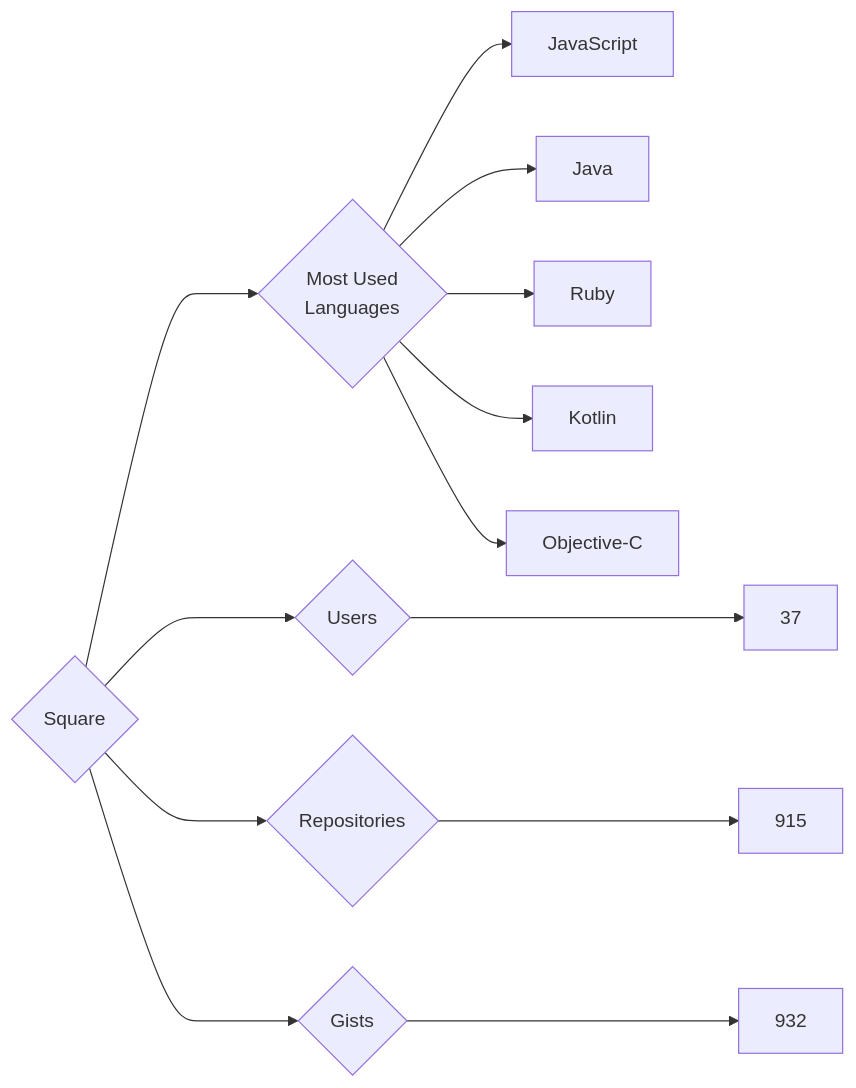
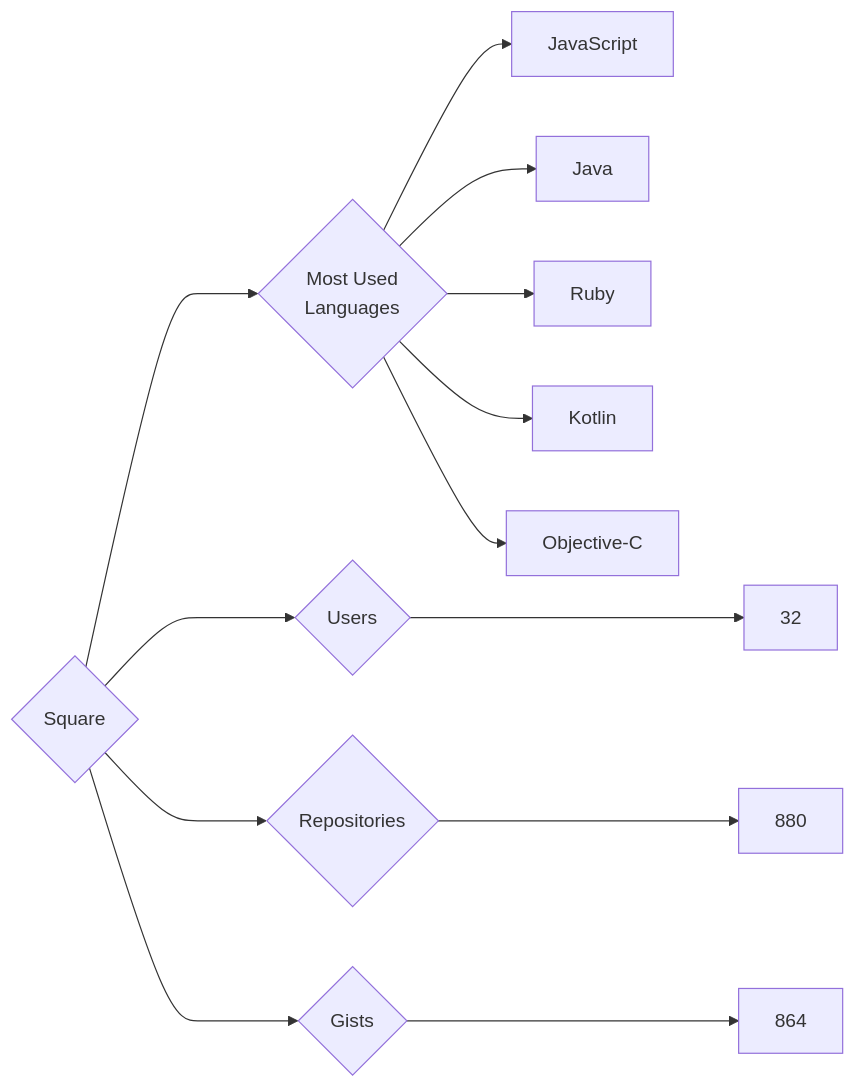
The diagram in targets/Square/README.md (trickest/insiders), drawn with Mermaid before and after one commit. The commit also changed 806 other files, not shown here.

````diff
--- a/targets/Square/README.md
+++ b/targets/Square/README.md
@@ -3,13 +3,13 @@
 ```mermaid
 graph LR
 COMPANY_NAME{Square}
-COMPANY_NAME ---> U{Users} ---> UN[37]
-COMPANY_NAME ---> R{Repositories} ---> RN[915]
-COMPANY_NAME ---> G{Gists} ---> GN[932]
+COMPANY_NAME ---> U{Users} ---> UN[32]
+COMPANY_NAME ---> R{Repositories} ---> RN[880]
+COMPANY_NAME ---> G{Gists} ---> GN[864]
 COMPANY_NAME ---> ML{Most Used<br>Languages}
 ML --> JavaScript[JavaScript]
 ML --> Java[Java]
 ML --> Ruby[Ruby]
 ML --> Kotlin[Kotlin]
 ML --> Objective-C[Objective-C]
 ```
````
